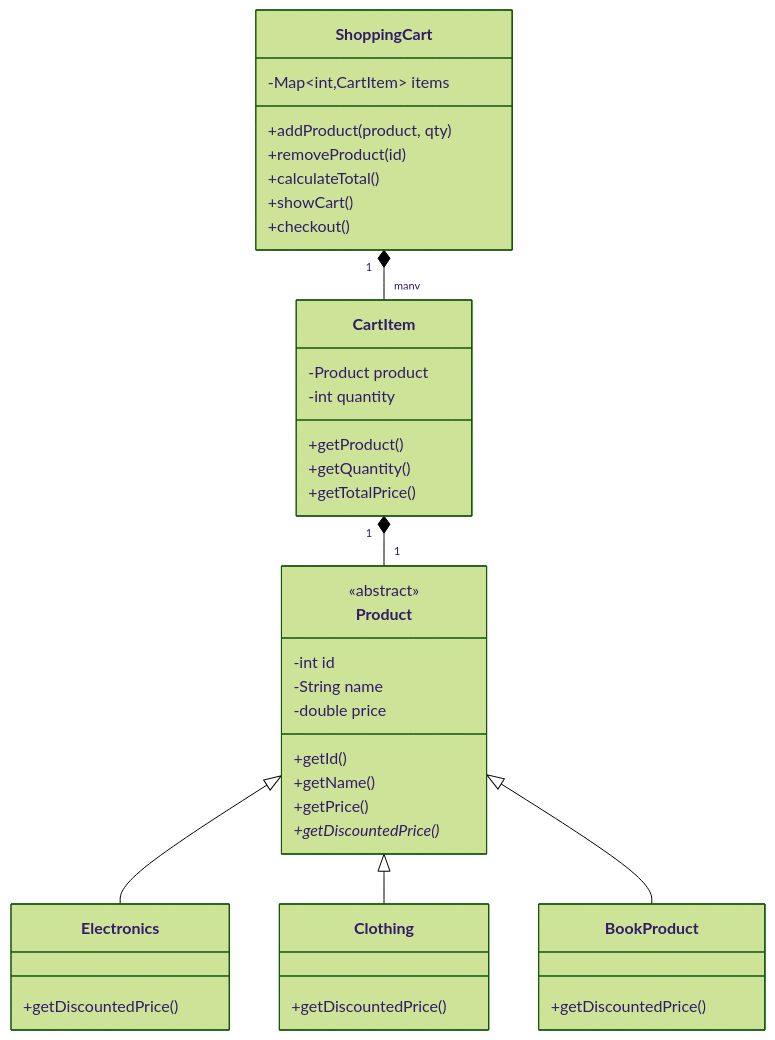
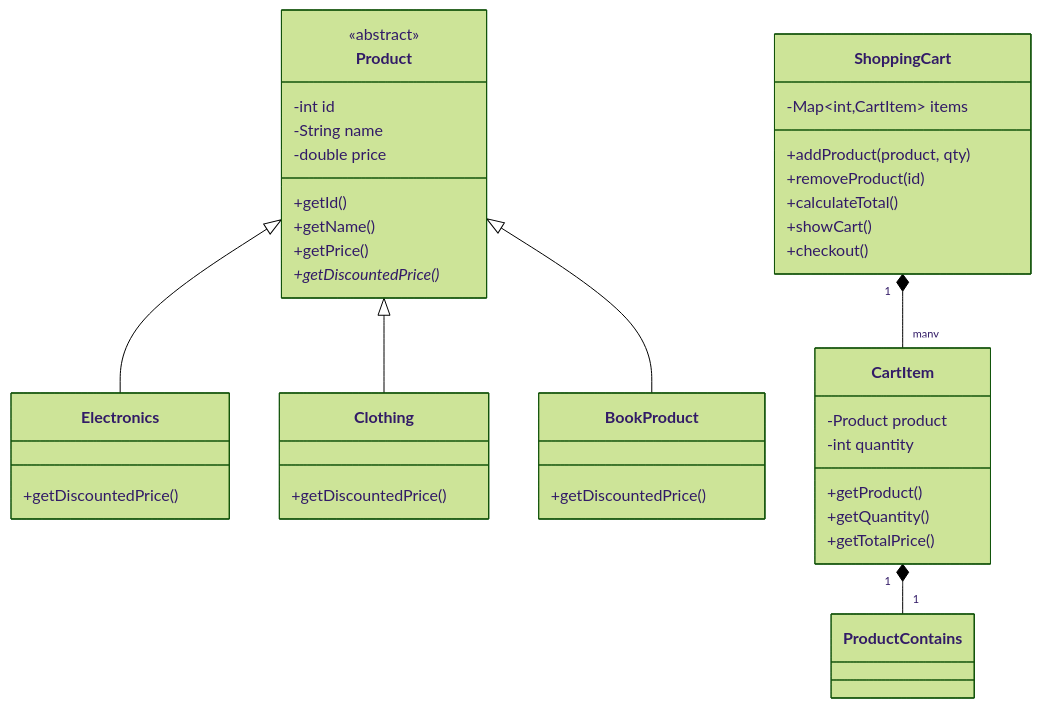
One commit to srimani-ravikumar/interview-prep changed the diagram in OOP/2_Problems_Solving_Using_OOP/Medium/Online_Shopping_Cart/OnlineShoppingCart.md. Above: the diagram before and after it, drawn with Mermaid (forest theme).

Commit message:
added the relationship description

````diff
--- a/OOP/2_Problems_Solving_Using_OOP/Medium/Online_Shopping_Cart/OnlineShoppingCart.md
+++ b/OOP/2_Problems_Solving_Using_OOP/Medium/Online_Shopping_Cart/OnlineShoppingCart.md
@@ -1,51 +1,51 @@
 ```mermaid
 
 classDiagram
     class Product {
         <<abstract>>
         -int id
         -String name
         -double price
         +getId()
         +getName()
         +getPrice()
         +getDiscountedPrice()*
     }
 
     class Electronics {
         +getDiscountedPrice()
     }
 
     class Clothing {
         +getDiscountedPrice()
     }
 
     class BookProduct {
         +getDiscountedPrice()
     }
 
     class CartItem {
         -Product product
         -int quantity
         +getProduct()
         +getQuantity()
         +getTotalPrice()
     }
 
     class ShoppingCart {
         -Map~int,CartItem~ items
         +addProduct(product, qty)
         +removeProduct(id)
         +calculateTotal()
         +showCart()
         +checkout()
     }
 
     Product <|-- Electronics
     Product <|-- Clothing
     Product <|-- BookProduct
 
     ShoppingCart "1" *-- "many" CartItem
-    CartItem "1" *-- "1" Product
+    CartItem "1" *-- "1" Product Contains
 
 ```
````
